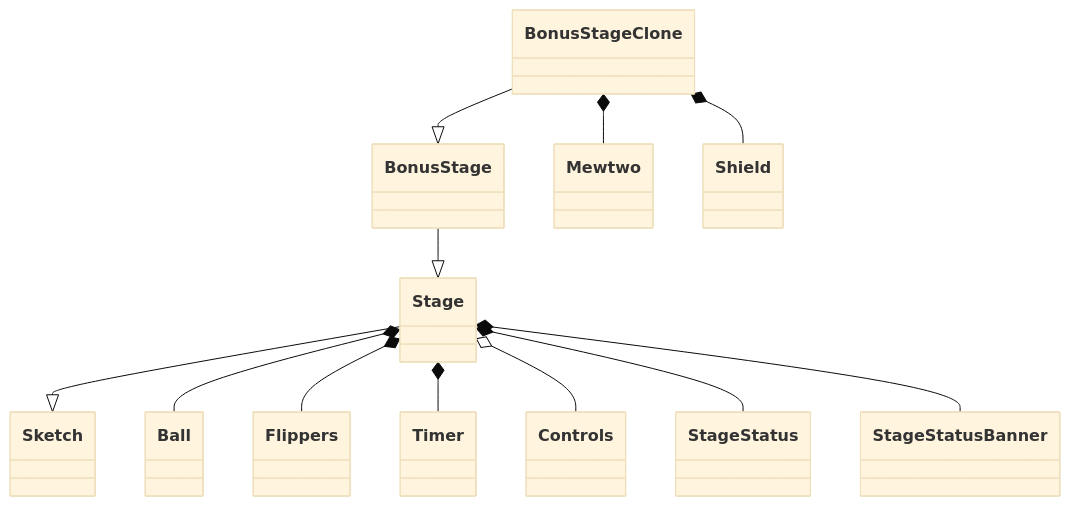
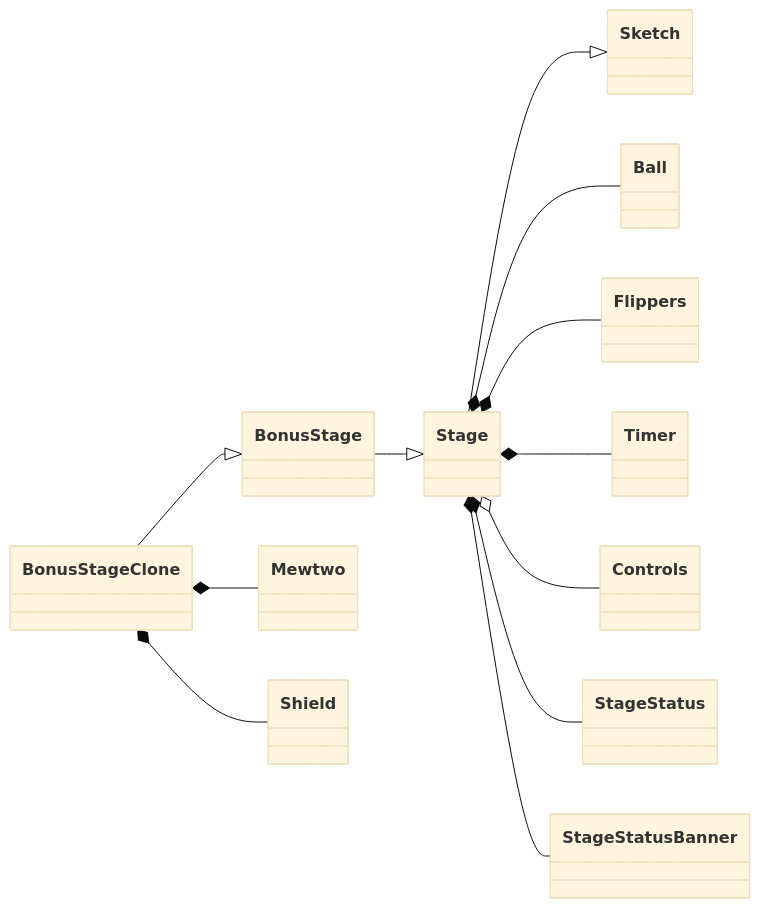
One commit to Carollo95/Pokemon-Pinball-Remake changed the sixth of 7 diagrams in README.md. Above: the diagram before and after it, drawn with Mermaid (base theme). The commit also changed other lines of this file, not shown here.

````diff
--- a/README.md
+++ b/README.md
@@ -347,30 +347,30 @@
 ```mermaid
 classDiagram
-direction TB
+direction LR
 
 class Sketch
 class Stage
 class BonusStage
 class BonusStageClone
 class Ball
 class Flippers
 class Timer
 class Controls
 class StageStatus
 class StageStatusBanner
 class Mewtwo
 class Shield
 
 Stage --|> Sketch
 BonusStage --|> Stage
 BonusStageClone --|> BonusStage
 
 Stage *-- Ball
 Stage *-- Flippers
 Stage *-- Timer
 Stage o-- Controls
 Stage *-- StageStatus
 Stage *-- StageStatusBanner
 BonusStageClone *-- Mewtwo
 BonusStageClone *-- Shield
 ```
````
